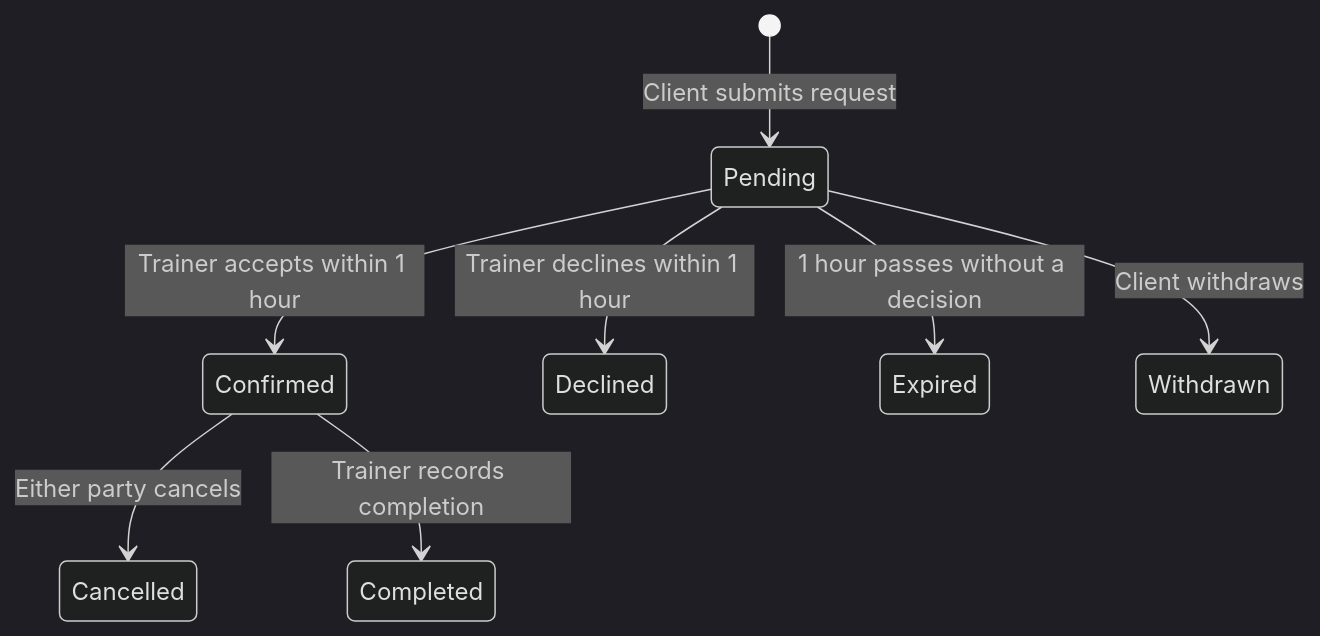
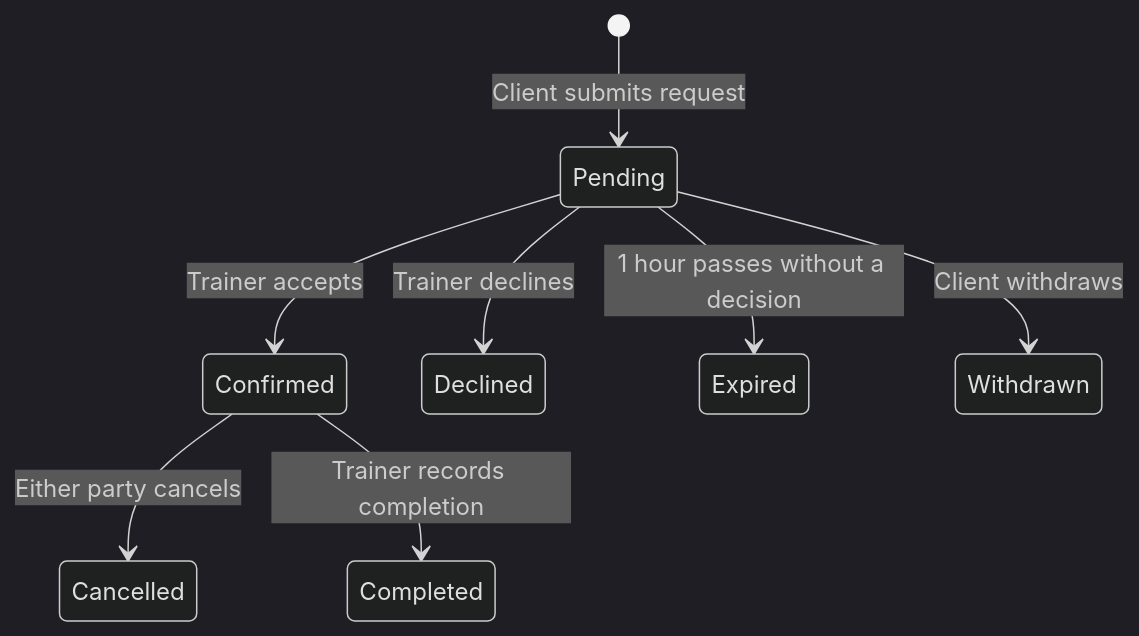
One commit to Lokis2009/fitness-connect changed the second of 2 diagrams in docs/prd/scheduled-in-person-sessions.md. Above: the diagram before and after it, drawn with Mermaid (dark theme). The commit also changed other lines of this file, not shown here.

````diff
--- a/docs/prd/scheduled-in-person-sessions.md
+++ b/docs/prd/scheduled-in-person-sessions.md
@@ -135,10 +121,10 @@
 ```mermaid
 stateDiagram-v2
     [*] --> Pending: Client submits request
-    Pending --> Confirmed: Trainer accepts within 1 hour
-    Pending --> Declined: Trainer declines within 1 hour
+    Pending --> Confirmed: Trainer accepts
+    Pending --> Declined: Trainer declines
     Pending --> Expired: 1 hour passes without a decision
     Pending --> Withdrawn: Client withdraws
     Confirmed --> Cancelled: Either party cancels
     Confirmed --> Completed: Trainer records completion
 ```
````
